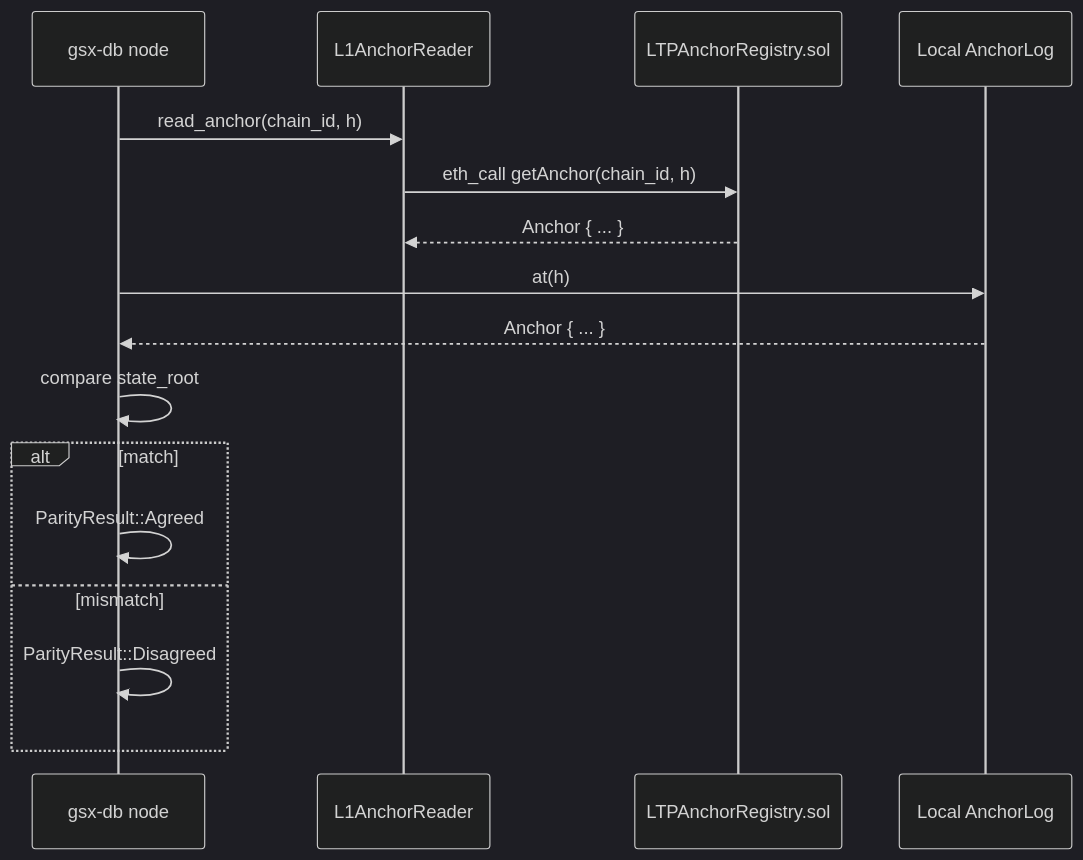
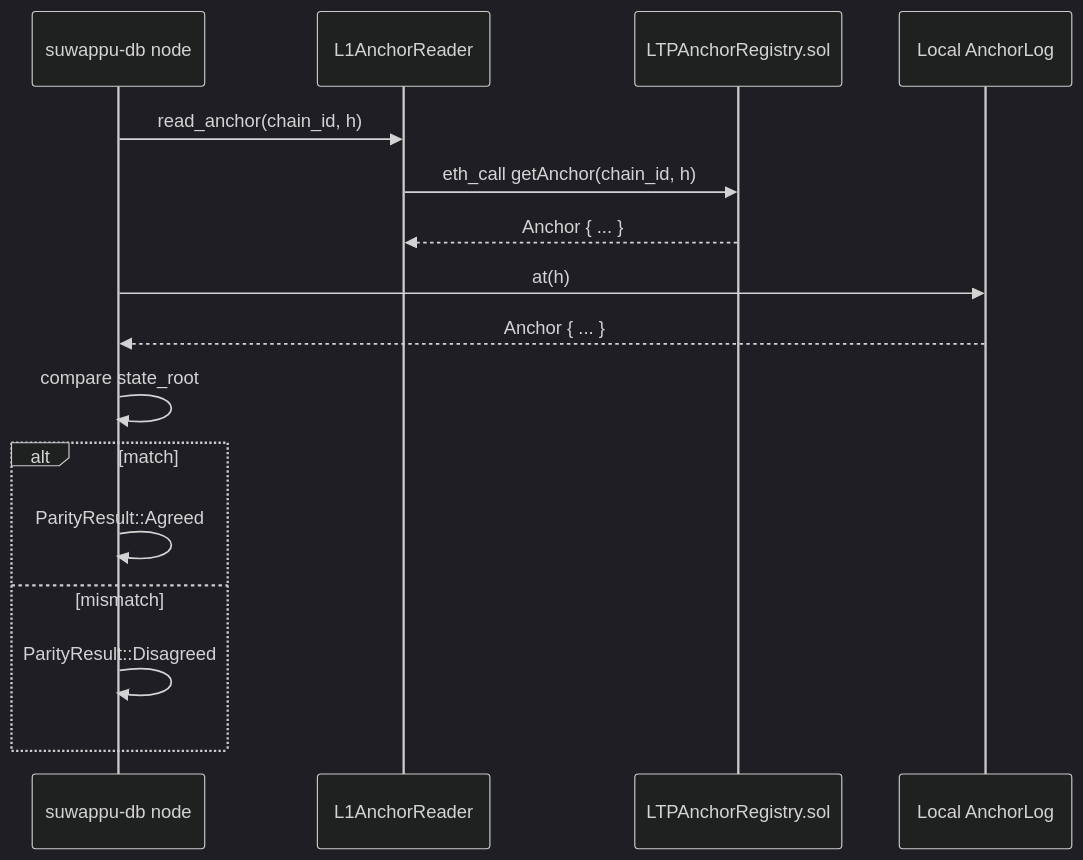
The third of 3 diagrams in docs/iq/IQ-7-anchor-parity.md (Suwappu-Labs/suwappu-db), drawn with Mermaid (dark theme) before and after one commit. The commit also changed other lines of this file and 232 other files, not shown here.

First line of the commit message:
chore: rebrand gsx-db -> suwappu-db (crates, code, docs)

````diff
--- a/docs/iq/IQ-7-anchor-parity.md
+++ b/docs/iq/IQ-7-anchor-parity.md
@@ -161,19 +161,19 @@
 ```mermaid
 sequenceDiagram
-    participant Node as gsx-db node
+    participant Node as suwappu-db node
     participant Reader as L1AnchorReader
     participant L1 as LTPAnchorRegistry.sol
     participant Mirror as Local AnchorLog
 
     Node->>Reader: read_anchor(chain_id, h)
     Reader->>L1: eth_call getAnchor(chain_id, h)
     L1-->>Reader: Anchor { ... }
     Node->>Mirror: at(h)
     Mirror-->>Node: Anchor { ... }
     Node->>Node: compare state_root
     alt match
         Node->>Node: ParityResult::Agreed
     else mismatch
         Node->>Node: ParityResult::Disagreed
     end
 ```
````
